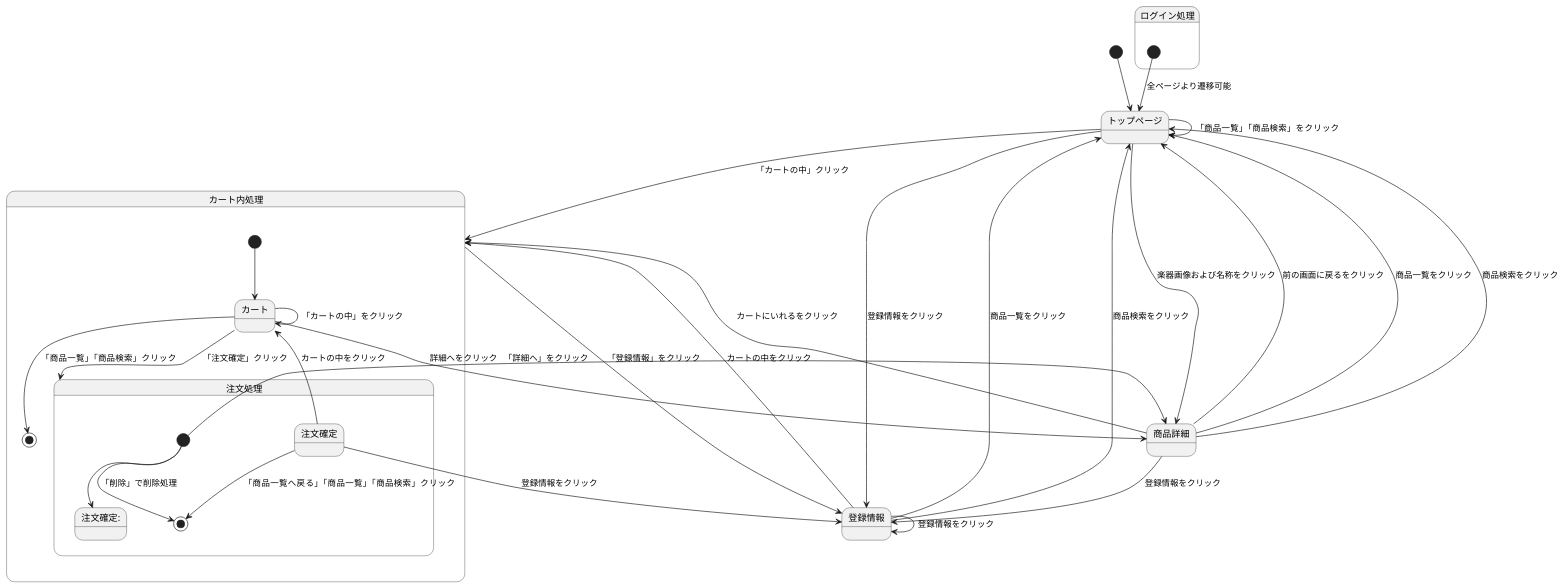
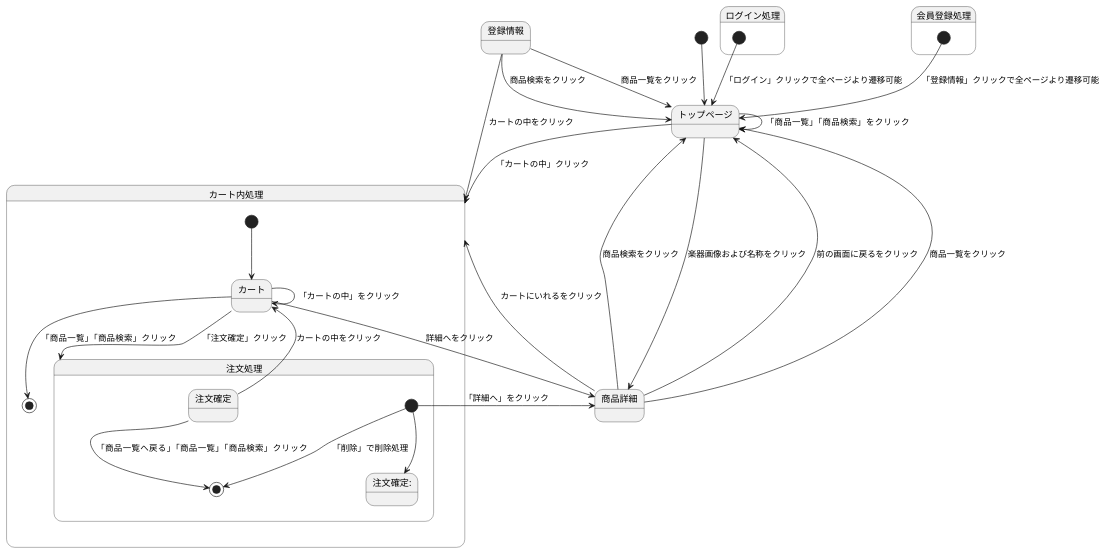
Before and after one commit to Aso2001374/2021sys-design: the third of 3 diagrams in stm01.md, drawn with PlantUML.

````diff
--- a/stm01.md
+++ b/stm01.md
@@ -55,52 +55,52 @@
 ```uml
 @startuml
 [*] --> トップページ
 
 トップページ--> トップページ : 「商品一覧」「商品検索」をクリック
 トップページ--> カート内処理 : 「カートの中」クリック
-トップページ--> 登録情報 : 登録情報をクリック
+
 トップページ--> 商品詳細 : 楽器画像および名称をクリック
 
 
 商品詳細--> トップページ : 前の画面に戻るをクリック
 商品詳細--> トップページ : 商品一覧をクリック
 商品詳細--> トップページ : 商品検索をクリック
-商品詳細--> 登録情報 : 登録情報をクリック
+
 
 
 
 
 
 
 登録情報 --> トップページ : 商品一覧をクリック
 登録情報 --> トップページ : 商品検索をクリック
 登録情報 --> カート内処理 : カートの中をクリック
-登録情報 --> 登録情報 : 登録情報をクリック
+
 
 state ログイン処理{
-[*] --> トップページ : 全ページより遷移可能
+[*] --> トップページ : 「ログイン」クリックで全ページより遷移可能
 }
 
+state 会員登録処理{
+[*] --> トップページ : 「登録情報」クリックで全ページより遷移可能
+}
 商品詳細--> カート内処理 : カートにいれるをクリック
 
 state カート内処理{
 [*] --> カート
 カート --> 注文処理 :「注文確定」クリック
 カート--> カート :「カートの中」をクリック
 カート --> 商品詳細 : 詳細へをクリック
 カート--> [*]: 「商品一覧」「商品検索」クリック
 state 注文処理{
 [*]--> 注文確定: 
 [*]--> 商品詳細 : 「詳細へ」をクリック
 [*]--> [*]: 「削除」で削除処理
 注文確定--> [*]: 「商品一覧へ戻る」「商品一覧」「商品検索」クリック
 }
 注文確定 --> カート : カートの中をクリック
-注文確定 --> 登録情報 : 登録情報をクリック
+
 }
-
-カート内処理--> 登録情報 : 「登録情報」をクリック
-
 
 @enduml
 ```
````
